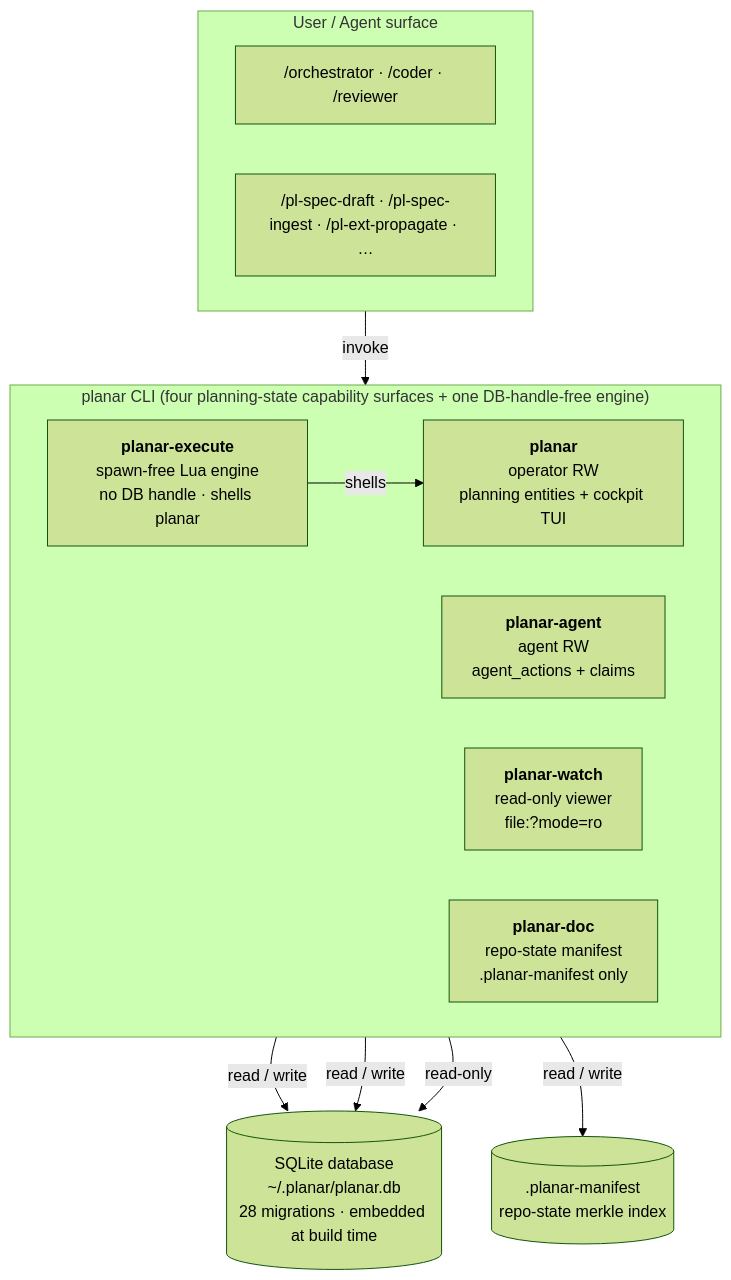
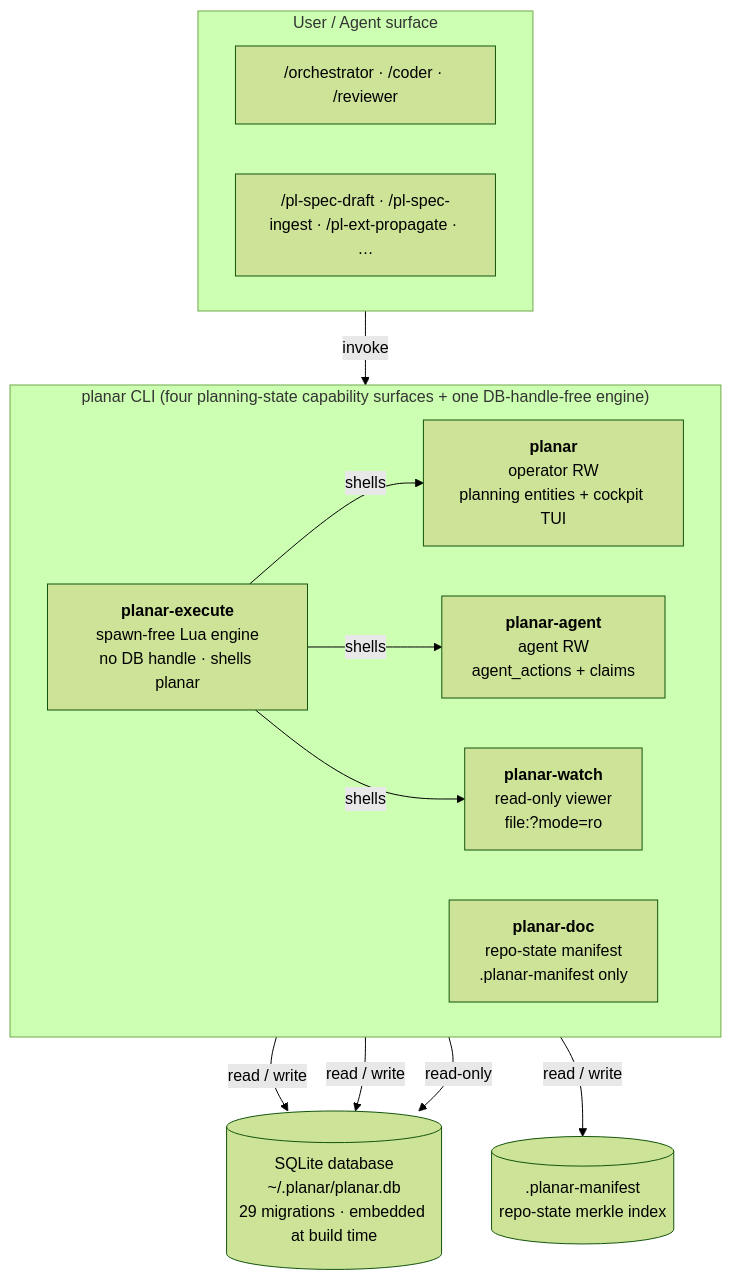
One commit to rdrsss/planar changed the first of 2 diagrams in docs/architecture.md. Above: the diagram before and after it, drawn with Mermaid (forest theme). The commit also changed other lines of this file and 16 other files, not shown here.

````diff
--- a/docs/architecture.md
+++ b/docs/architecture.md
@@ -11,27 +11,29 @@
 ```mermaid
 flowchart TD
     subgraph Surface["User / Agent surface"]
         direction LR
         S1["/orchestrator · /coder · /reviewer"]
         S2["/pl-spec-draft · /pl-spec-ingest · /pl-ext-propagate · …"]
     end
 
     subgraph Binaries["planar CLI (four planning-state capability surfaces + one DB-handle-free engine)"]
         direction LR
         B1["<b>planar</b><br/>operator RW<br/>planning entities + cockpit TUI"]
         B2["<b>planar-agent</b><br/>agent RW<br/>agent_actions + claims"]
         B3["<b>planar-watch</b><br/>read-only viewer<br/>file:?mode=ro"]
         B4["<b>planar-doc</b><br/>repo-state manifest<br/>.planar-manifest only"]
         B5["<b>planar-execute</b><br/>spawn-free Lua engine<br/>no DB handle · shells planar"]
     end
 
-    DB[("SQLite database<br/>~/.planar/planar.db<br/>28 migrations · embedded at build time")]
+    DB[("SQLite database<br/>~/.planar/planar.db<br/>29 migrations · embedded at build time")]
     MF[(".planar-manifest<br/>repo-state merkle index")]
 
     Surface -->|invoke| Binaries
     B1 -->|read / write| DB
     B2 -->|read / write| DB
     B3 -->|read-only| DB
     B4 -->|read / write| MF
     B5 -->|shells| B1
+    B5 -->|shells| B2
+    B5 -->|shells| B3
 ```
````
